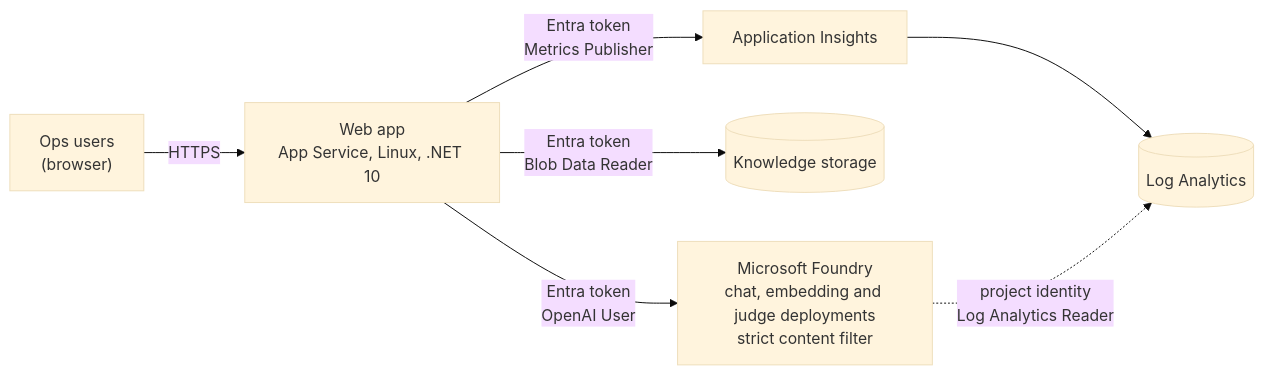
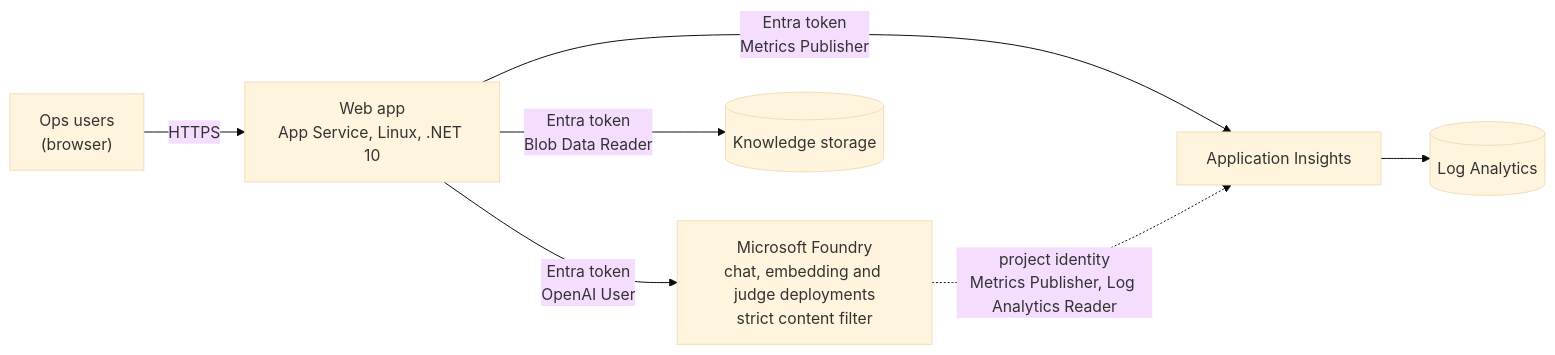
Before and after one commit to ankurparekh1988/payment-ops-investigation-agent: the first of 2 diagrams in docs/Architecture.md, drawn with Mermaid (base theme). The commit also changed 3 other files, not shown here.

````diff
--- a/docs/Architecture.md
+++ b/docs/Architecture.md
@@ -20,9 +20,9 @@
 ```mermaid
 flowchart LR
   U["Ops users<br/>(browser)"] -->|HTTPS| APP["Web app<br/>App Service, Linux, .NET 10"]
   APP -->|"Entra token<br/>OpenAI User"| F["Microsoft Foundry<br/>chat, embedding and judge deployments<br/>strict content filter"]
   APP -->|"Entra token<br/>Blob Data Reader"| ST[("Knowledge storage")]
   APP -->|"Entra token<br/>Metrics Publisher"| AI["Application Insights"]
   AI --> LA[("Log Analytics")]
-  F -.->|"project identity<br/>Log Analytics Reader"| LA
+  F -.->|"project identity<br/>Metrics Publisher, Log Analytics Reader"| AI
 ```
````
